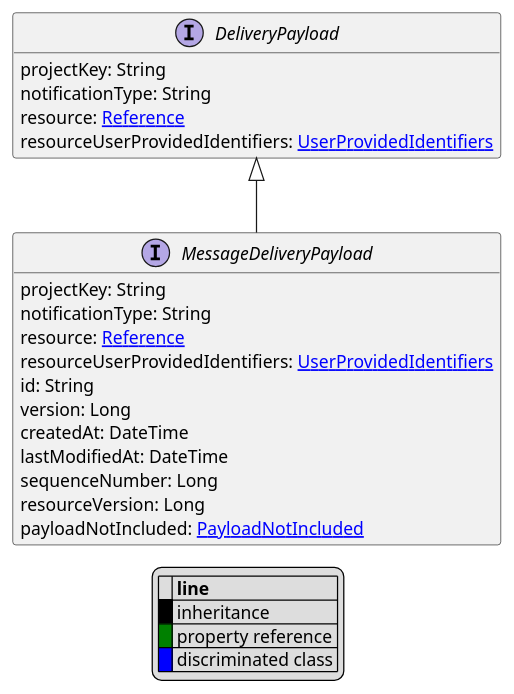
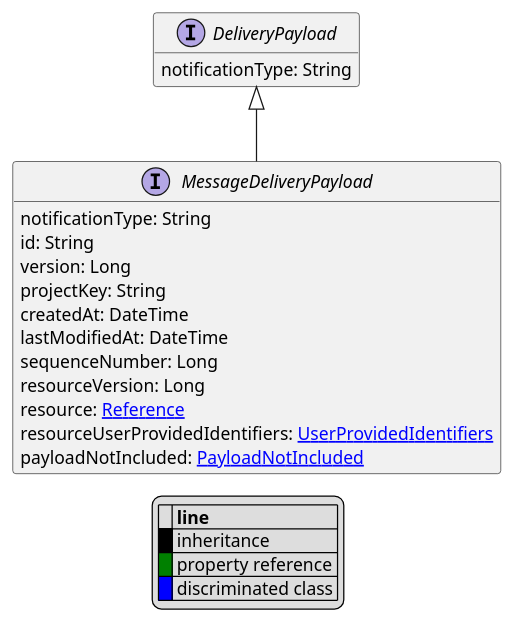
One commit to commercetools/commercetools-api-reference changed the diagram in uml/api/MessageDeliveryPayload.puml. Above: the diagram before and after it, drawn with PlantUML. The commit also changed 74 other files, not shown here.

```diff
--- a/uml/api/MessageDeliveryPayload.puml
+++ b/uml/api/MessageDeliveryPayload.puml
@@ -1,35 +1,32 @@
 @startuml
 
 hide empty fields
 hide empty methods
 legend
 |= |= line |
 |<back:black>   </back>| inheritance |
 |<back:green>   </back>| property reference |
 |<back:blue>   </back>| discriminated class |
 endlegend
 interface MessageDeliveryPayload [[MessageDeliveryPayload.svg]] extends DeliveryPayload {
-    projectKey: String
     notificationType: String
-    resource: [[Reference.svg Reference]]
-    resourceUserProvidedIdentifiers: [[UserProvidedIdentifiers.svg UserProvidedIdentifiers]]
     id: String
     version: Long
+    projectKey: String
     createdAt: DateTime
     lastModifiedAt: DateTime
     sequenceNumber: Long
     resourceVersion: Long
+    resource: [[Reference.svg Reference]]
+    resourceUserProvidedIdentifiers: [[UserProvidedIdentifiers.svg UserProvidedIdentifiers]]
     payloadNotIncluded: [[PayloadNotIncluded.svg PayloadNotIncluded]]
 }
 interface DeliveryPayload [[DeliveryPayload.svg]]  {
-    projectKey: String
     notificationType: String
-    resource: [[Reference.svg Reference]]
-    resourceUserProvidedIdentifiers: [[UserProvidedIdentifiers.svg UserProvidedIdentifiers]]
 }
 
 
 
 
 
 @enduml
```
